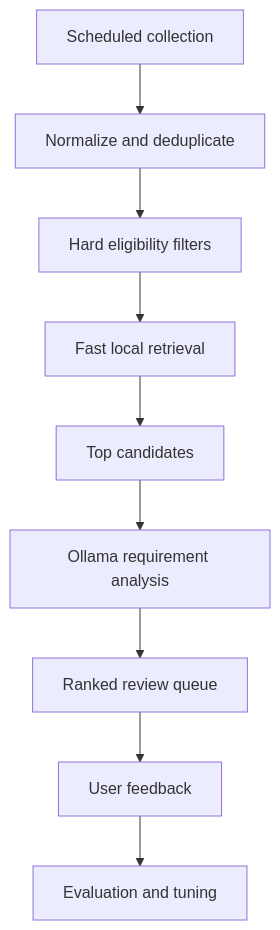
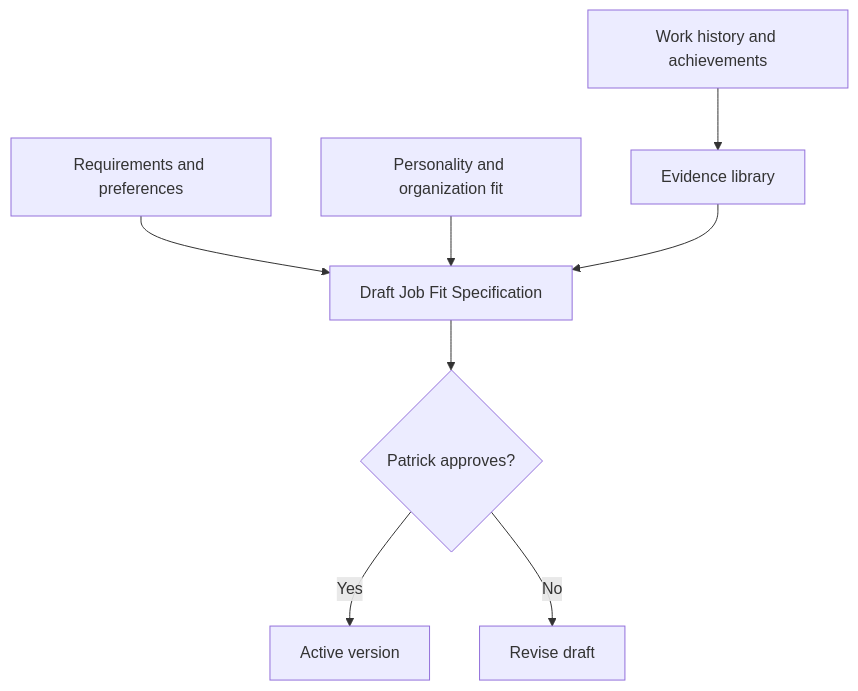
One commit to HammerheadFistpunch/Job-tool changed the third of 3 diagrams in jobintel/docs/JOB_TOOL_FUNCTION_MAP.md. Above: the diagram before and after it, drawn with Mermaid. The commit also changed other lines of this file and 4 other files, not shown here.

Commit message:
Reframe roadmap for local-first intelligence

````diff
--- a/jobintel/docs/JOB_TOOL_FUNCTION_MAP.md
+++ b/jobintel/docs/JOB_TOOL_FUNCTION_MAP.md
@@ -182,11 +47,10 @@
 ```mermaid
 flowchart TD
-    A["Scheduled collection"] --> B["Normalize and deduplicate"]
-    B --> C["Hard eligibility filters"]
-    C --> D["Fast local retrieval"]
-    D --> E["Top candidates"]
-    E --> F["Ollama requirement analysis"]
-    F --> G["Ranked review queue"]
-    G --> H["User feedback"]
-    H --> I["Evaluation and tuning"]
+    A["Work history and achievements"] --> D["Evidence library"]
+    B["Requirements and preferences"] --> E["Draft Job Fit Specification"]
+    C["Personality and organization fit"] --> E
+    D --> E
+    E --> F{"Patrick approves?"}
+    F -->|"Yes"| G["Active version"]
+    F -->|"No"| H["Revise draft"]
 ```
````
